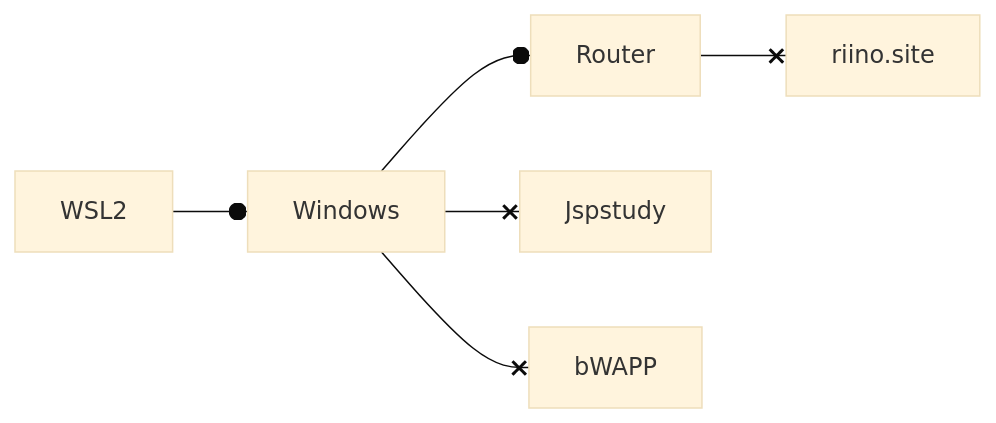
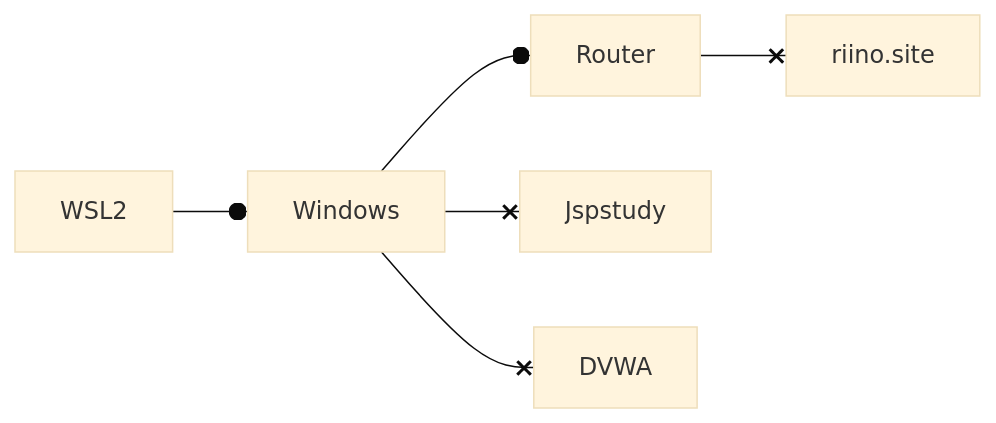
Before and after one commit to sorphwer/sorphwer.github.io: the first of 4 diagrams in learning.md, drawn with Mermaid (base theme). The commit also changed other lines of this file, not shown here.

````diff
--- a/learning.md
+++ b/learning.md
@@ -58,8 +59,8 @@
 ```mermaid
 flowchart LR
     WSL2 --o Windows
     Windows --o Router
     Windows --x Jspstudy
-    Windows --x bWAPP
+    Windows --x DVWA
     Router --x riino.site
 ```
````
